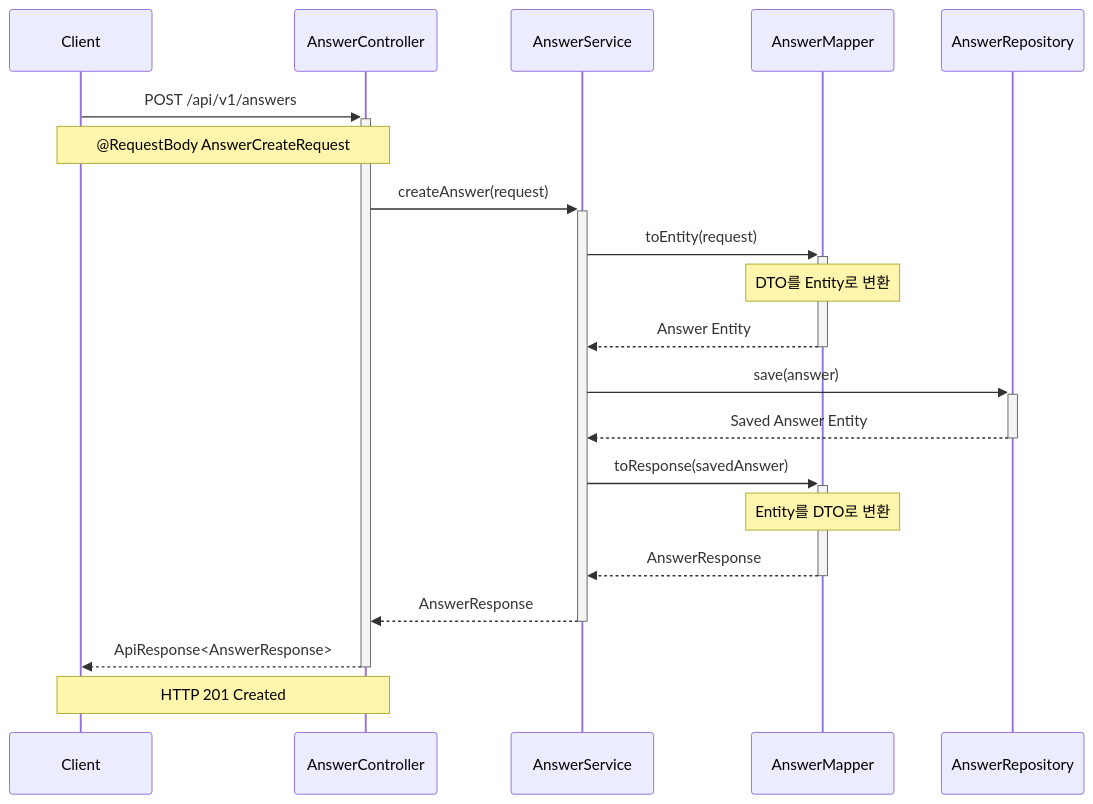
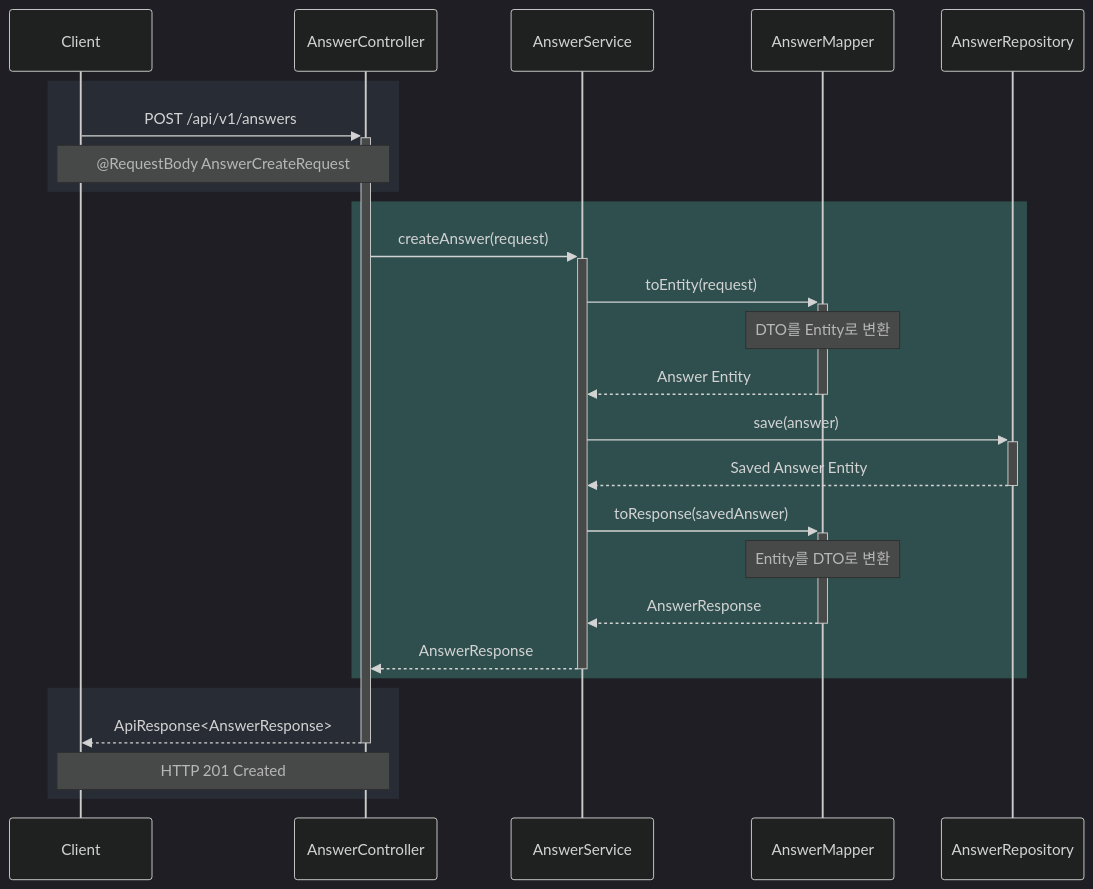
One commit to yujm08/ezen-mini-backend changed the diagram in README.md. Above: the diagram before and after it, drawn with Mermaid. The commit also changed other lines of this file, not shown here.

Commit message:
Refactor Answer sequence diagram in README.md for improved clarity and formatting

````diff
--- a/README.md
+++ b/README.md
@@ -4,23 +3,36 @@
 ```mermaid
-  sequenceDiagram
-    Client->>+AnswerController: POST /api/v1/answers
-    Note over Client,AnswerController: @RequestBody AnswerCreateRequest
+%%{init: {'theme': 'dark'}}%%
+sequenceDiagram
+    participant C as Client
+    participant AC as AnswerController
+    participant AS as AnswerService
+    participant AM as AnswerMapper
+    participant AR as AnswerRepository
     
-    AnswerController->>+AnswerService: createAnswer(request)
+    rect rgb(40, 44, 52)
+        C->>+AC: POST /api/v1/answers
+        Note over C,AC: @RequestBody AnswerCreateRequest
+    end
     
-    AnswerService->>+AnswerMapper: toEntity(request)
-    Note over AnswerMapper: DTO를 Entity로 변환
-    AnswerMapper-->>-AnswerService: Answer Entity
+    rect rgb(47, 79, 79)
+        AC->>+AS: createAnswer(request)
+        
+        AS->>+AM: toEntity(request)
+        Note over AM: DTO를 Entity로 변환
+        AM-->>-AS: Answer Entity
+        
+        AS->>+AR: save(answer)
+        AR-->>-AS: Saved Answer Entity
+        
+        AS->>+AM: toResponse(savedAnswer)
+        Note over AM: Entity를 DTO로 변환
+        AM-->>-AS: AnswerResponse
+        
+        AS-->>-AC: AnswerResponse
+    end
     
-    AnswerService->>+AnswerRepository: save(answer)
-    AnswerRepository-->>-AnswerService: Saved Answer Entity
-    
-    AnswerService->>+AnswerMapper: toResponse(savedAnswer)
-    Note over AnswerMapper: Entity를 DTO로 변환
-    AnswerMapper-->>-AnswerService: AnswerResponse
-    
-    AnswerService-->>-AnswerController: AnswerResponse
-    
-    AnswerController-->>-Client: ApiResponse<AnswerResponse>
-    Note over Client,AnswerController: HTTP 201 Created
+    rect rgb(40, 44, 52)
+        AC-->>-C: ApiResponse<AnswerResponse>
+        Note over C,AC: HTTP 201 Created
+    end
 ```
````
